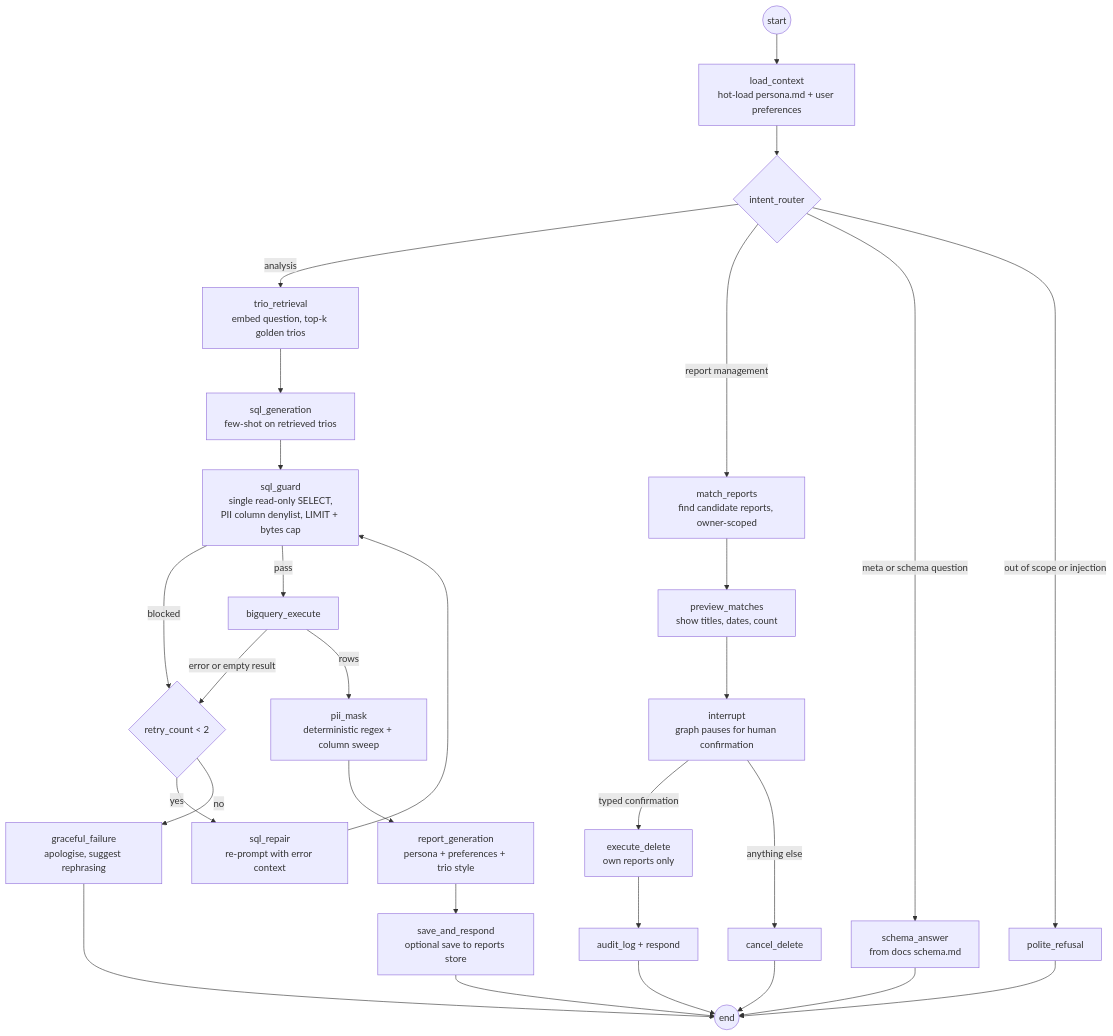
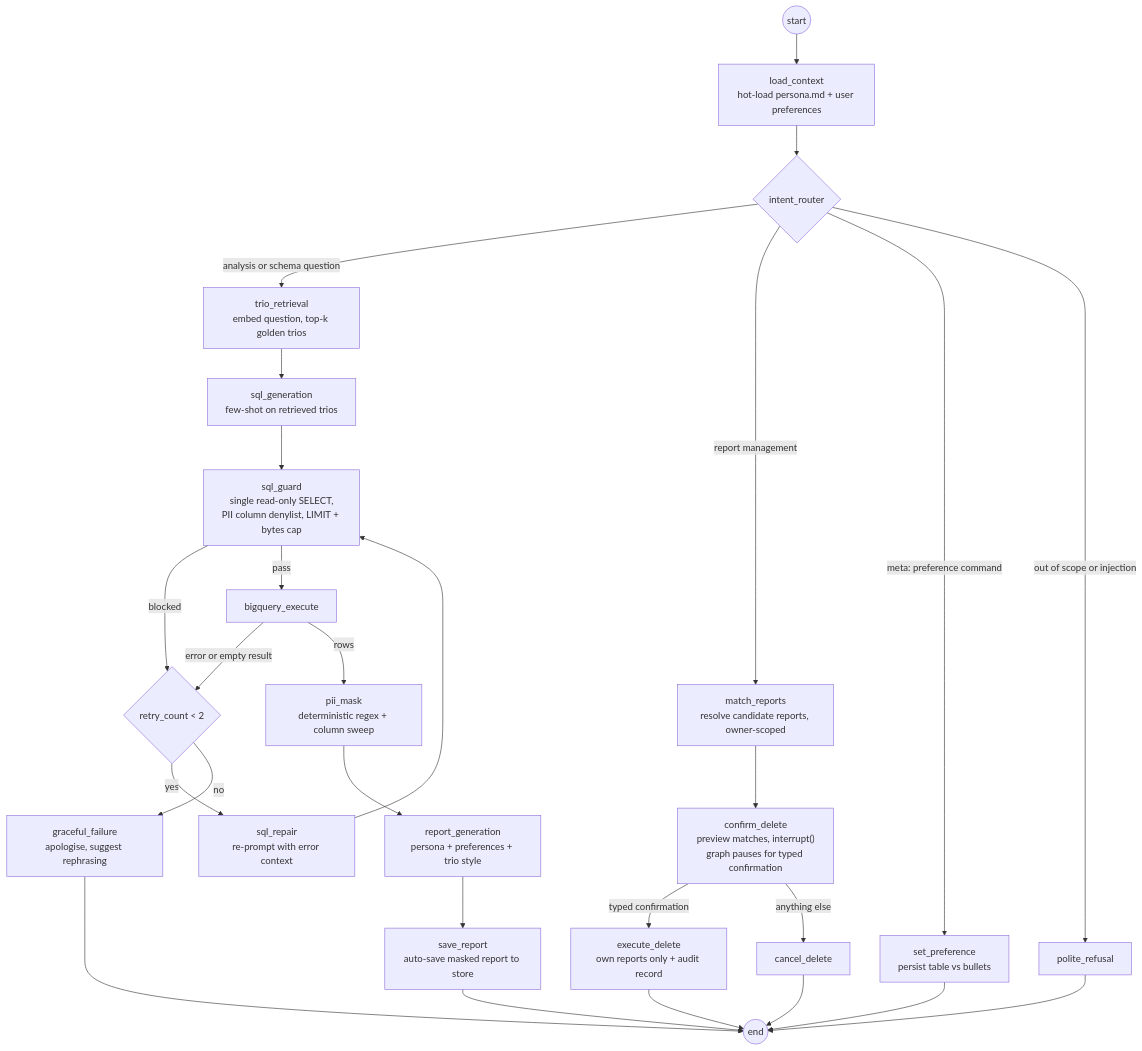
One commit to davitsargsyan0/retail-data-agent changed the second of 2 diagrams in docs/architecture.md. Above: the diagram before and after it, drawn with Mermaid. The commit also changed other lines of this file and 1 other file, not shown here.

Commit message:
docs: align architecture with implementation; full setup + example run in README
- architecture §3 diagram now matches the compiled graph exactly
  (set_preference meta branch, confirm_delete interrupt node, save_report,
  audit inside execute_delete); state table gains intent_reason,
  heal_attempts, delete_filter, confirmation_text
- fix prototype golden-bucket description (golden_bucket/trios/*.json with
  cached embeddings, not data/golden_trios.json) and the retired
  text-embedding-004 -> gemini-embedding-001
- requirement-8 row and §5.8 now describe the persona as the report
  narrative's system prompt
- README: prerequisites, .env, BigQuery ADC auth, run/debug commands, a
  real example session, offline demo, tests/lint/evals, layout

````diff
--- a/docs/architecture.md
+++ b/docs/architecture.md
@@ -87,35 +87,33 @@
 ```mermaid
 flowchart TD
     S(("start")) --> LOAD["load_context<br/>hot-load persona.md + user preferences"]
     LOAD --> ROUTE{"intent_router"}
 
-    ROUTE -->|analysis| RETR["trio_retrieval<br/>embed question, top-k golden trios"]
-    ROUTE -->|report management| RMATCH["match_reports<br/>find candidate reports, owner-scoped"]
-    ROUTE -->|meta or schema question| META["schema_answer<br/>from docs schema.md"]
+    ROUTE -->|analysis or schema question| RETR["trio_retrieval<br/>embed question, top-k golden trios"]
+    ROUTE -->|report management| RMATCH["match_reports<br/>resolve candidate reports, owner-scoped"]
+    ROUTE -->|meta: preference command| PREF["set_preference<br/>persist table vs bullets"]
     ROUTE -->|out of scope or injection| REF["polite_refusal"]
 
     RETR --> GEN["sql_generation<br/>few-shot on retrieved trios"]
     GEN --> GUARD["sql_guard<br/>single read-only SELECT,<br/>PII column denylist, LIMIT + bytes cap"]
     GUARD -->|blocked| HEAL
     GUARD -->|pass| EXEC["bigquery_execute"]
     EXEC -->|error or empty result| HEAL{"retry_count < 2"}
     HEAL -->|yes| REPAIR["sql_repair<br/>re-prompt with error context"]
     REPAIR --> GUARD
     HEAL -->|no| FAIL["graceful_failure<br/>apologise, suggest rephrasing"]
     EXEC -->|rows| MASK["pii_mask<br/>deterministic regex + column sweep"]
     MASK --> REPORT["report_generation<br/>persona + preferences + trio style"]
-    REPORT --> RESP["save_and_respond<br/>optional save to reports store"]
+    REPORT --> SAVE["save_report<br/>auto-save masked report to store"]
 
-    RMATCH --> PREV["preview_matches<br/>show titles, dates, count"]
-    PREV --> INT["interrupt<br/>graph pauses for human confirmation"]
-    INT -->|typed confirmation| DEL["execute_delete<br/>own reports only"]
+    RMATCH --> INT["confirm_delete<br/>preview matches, interrupt()<br/>graph pauses for typed confirmation"]
+    INT -->|typed confirmation| DEL["execute_delete<br/>own reports only + audit record"]
     INT -->|anything else| CXL["cancel_delete"]
-    DEL --> AUD["audit_log + respond"]
 
-    META --> E(("end"))
+    PREF --> E(("end"))
     REF --> E
     FAIL --> E
-    RESP --> E
-    AUD --> E
+    SAVE --> E
+    DEL --> E
     CXL --> E
 ```
````
